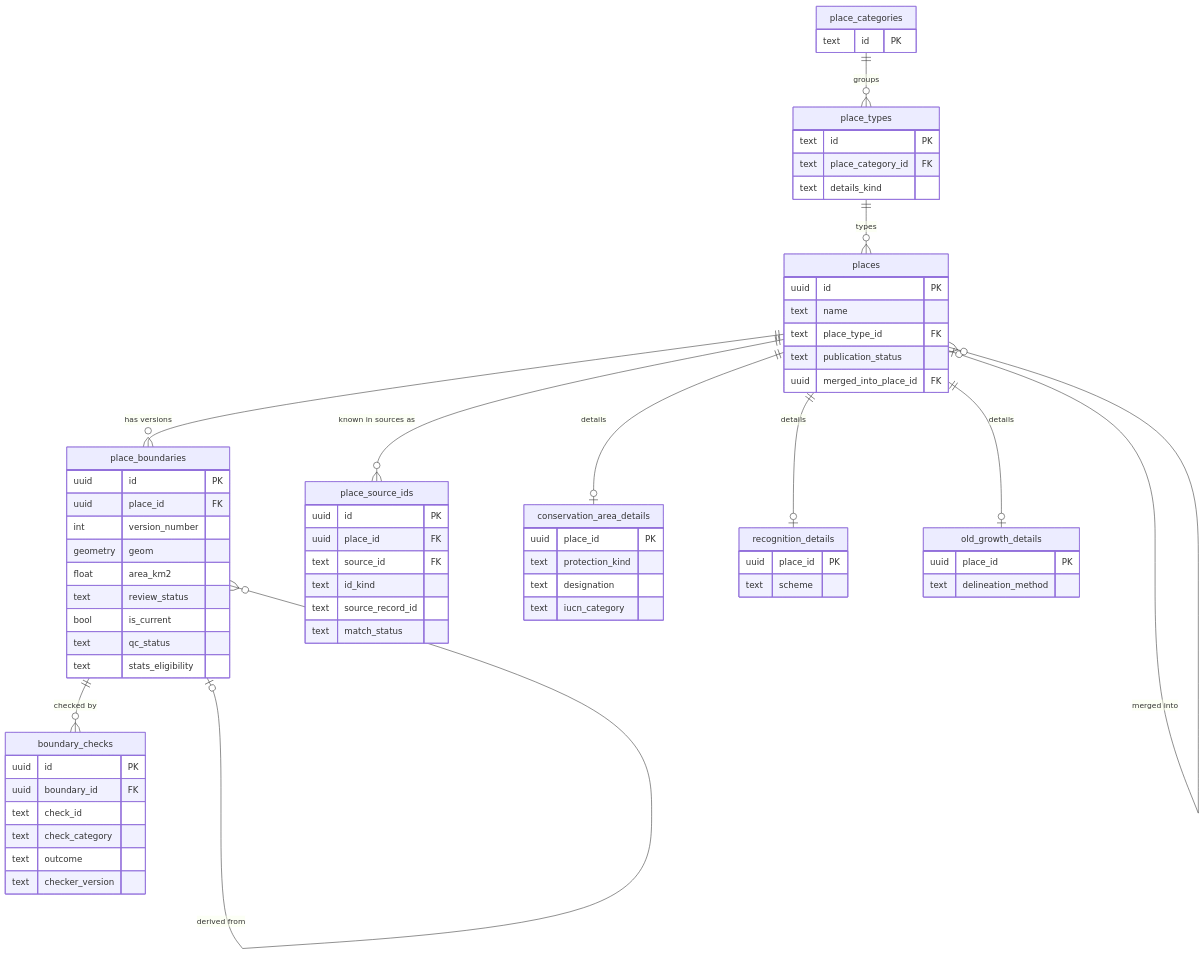
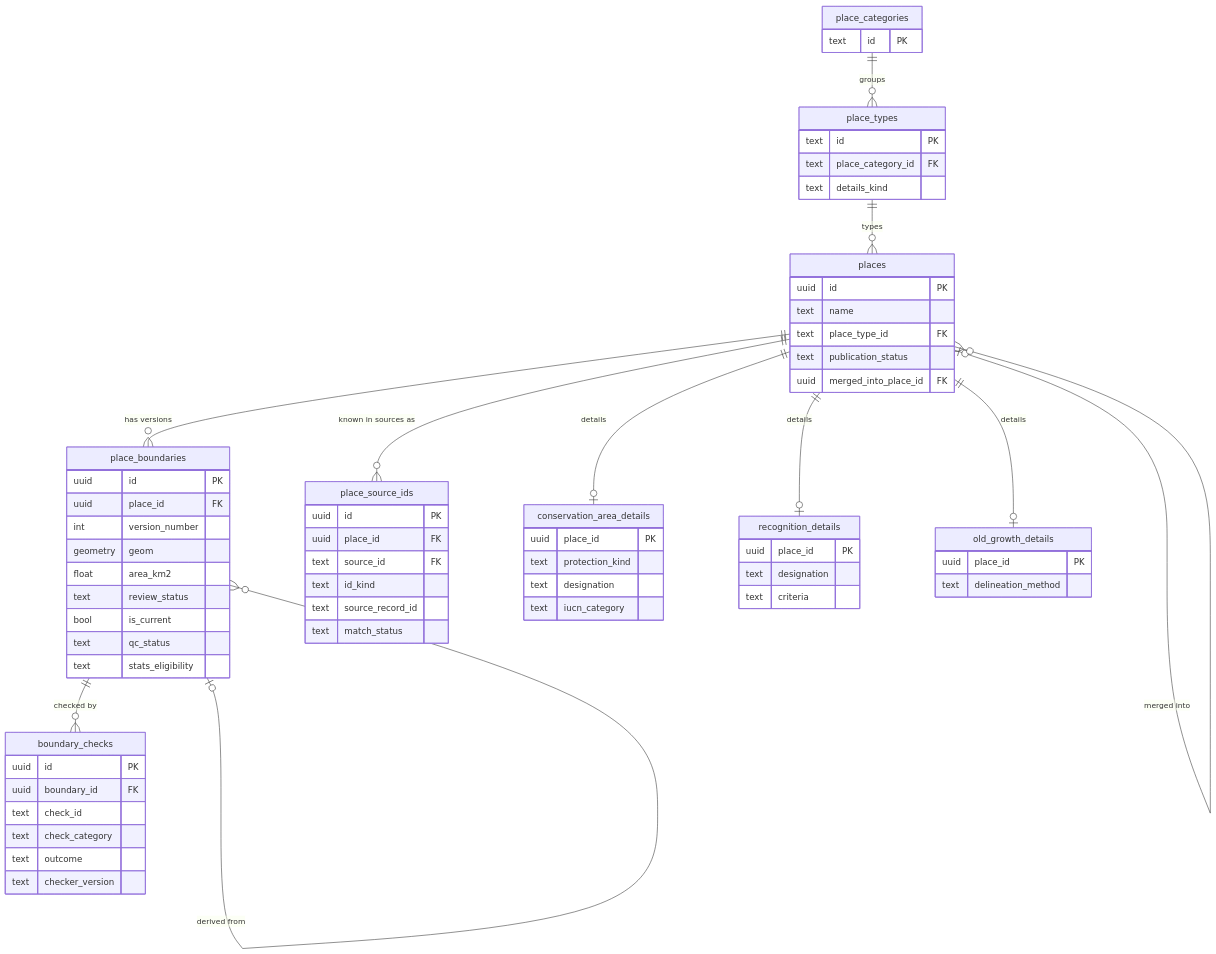
The first of 4 diagrams in docs/database/design.md (marynvdl/naturewatch-app), drawn with Mermaid before and after one commit. The commit also changed other lines of this file and 13 other files, not shown here.

````diff
--- a/docs/database/design.md
+++ b/docs/database/design.md
@@ -447,70 +463,71 @@
 ```mermaid
 erDiagram
   place_categories ||--o{ place_types : groups
   place_types ||--o{ places : types
   places ||--o{ place_boundaries : "has versions"
   places ||--o{ place_source_ids : "known in sources as"
   places ||--o| conservation_area_details : details
   places ||--o| recognition_details : details
   places ||--o| old_growth_details : details
   places |o--o{ places : "merged into"
   place_boundaries ||--o{ boundary_checks : "checked by"
   place_boundaries |o--o{ place_boundaries : "derived from"
 
   places {
     uuid id PK
     text name
     text place_type_id FK
     text publication_status
     uuid merged_into_place_id FK
   }
   place_boundaries {
     uuid id PK
     uuid place_id FK
     int version_number
     geometry geom
     float area_km2
     text review_status
     bool is_current
     text qc_status
     text stats_eligibility
   }
   boundary_checks {
     uuid id PK
     uuid boundary_id FK
     text check_id
     text check_category
     text outcome
     text checker_version
   }
   place_source_ids {
     uuid id PK
     uuid place_id FK
     text source_id FK
     text id_kind
     text source_record_id
     text match_status
   }
   place_types {
     text id PK
     text place_category_id FK
     text details_kind
   }
   place_categories {
     text id PK
   }
   conservation_area_details {
     uuid place_id PK
     text protection_kind
     text designation
     text iucn_category
   }
   recognition_details {
     uuid place_id PK
-    text scheme
+    text designation
+    text criteria
   }
   old_growth_details {
     uuid place_id PK
     text delineation_method
   }
 ```
````
